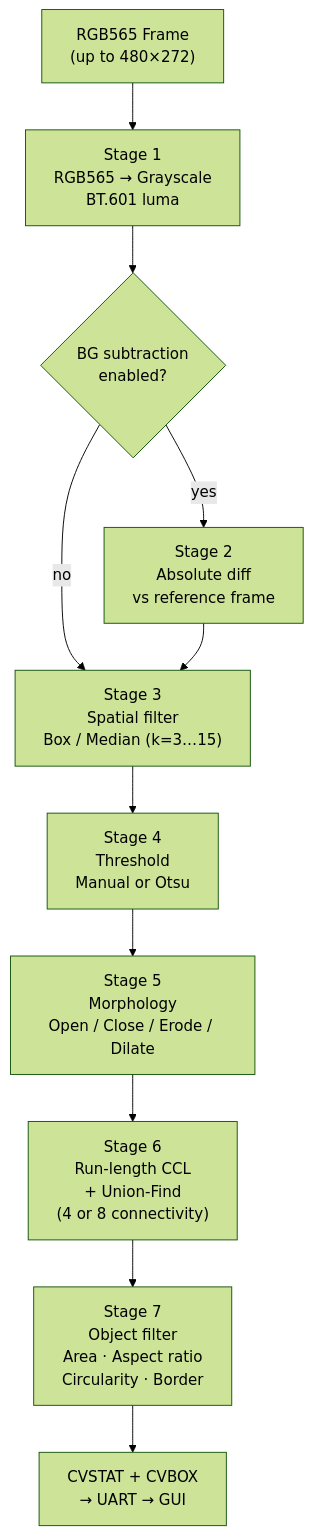
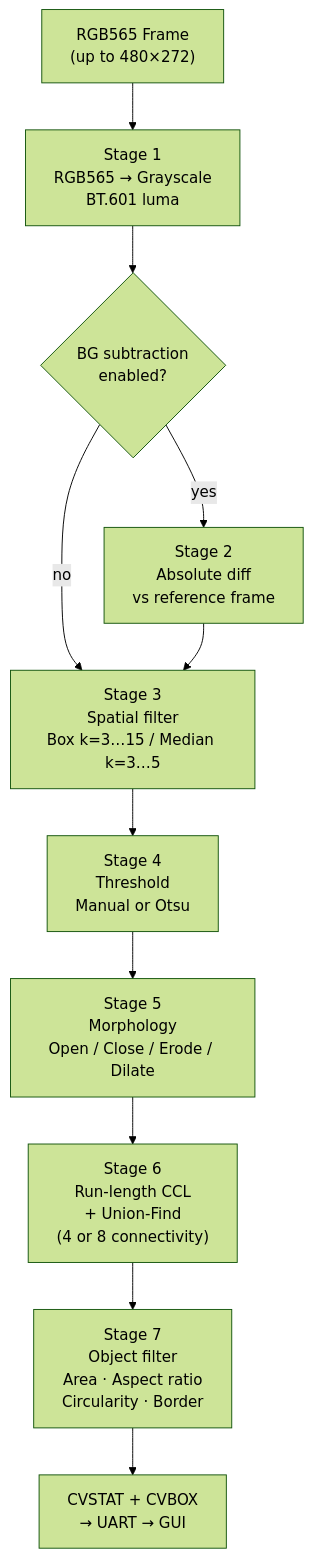
One commit to valnity98/Machine-Vision-on-Microcontrollers changed the second of 4 diagrams in README.md. Above: the diagram before and after it, drawn with Mermaid (forest theme). The commit also changed other lines of this file and 3 other files, not shown here.

````diff
--- a/README.md
+++ b/README.md
@@ -291,13 +308,13 @@
 ```mermaid
 flowchart TD
     A["RGB565 Frame\n(up to 480×272)"] --> B["Stage 1\nRGB565 → Grayscale\nBT.601 luma"]
     B --> C{"BG subtraction\nenabled?"}
     C -- yes --> D["Stage 2\nAbsolute diff\nvs reference frame"]
     C -- no --> E
-    D --> E["Stage 3\nSpatial filter\nBox / Median (k=3…15)"]
+    D --> E["Stage 3\nSpatial filter\nBox k=3…15 / Median k=3…5"]
     E --> F["Stage 4\nThreshold\nManual or Otsu"]
     F --> G["Stage 5\nMorphology\nOpen / Close / Erode / Dilate"]
     G --> H["Stage 6\nRun-length CCL\n+ Union-Find\n(4 or 8 connectivity)"]
     H --> I["Stage 7\nObject filter\nArea · Aspect ratio\nCircularity · Border"]
     I --> J["CVSTAT + CVBOX\n→ UART → GUI"]
 ```
````
